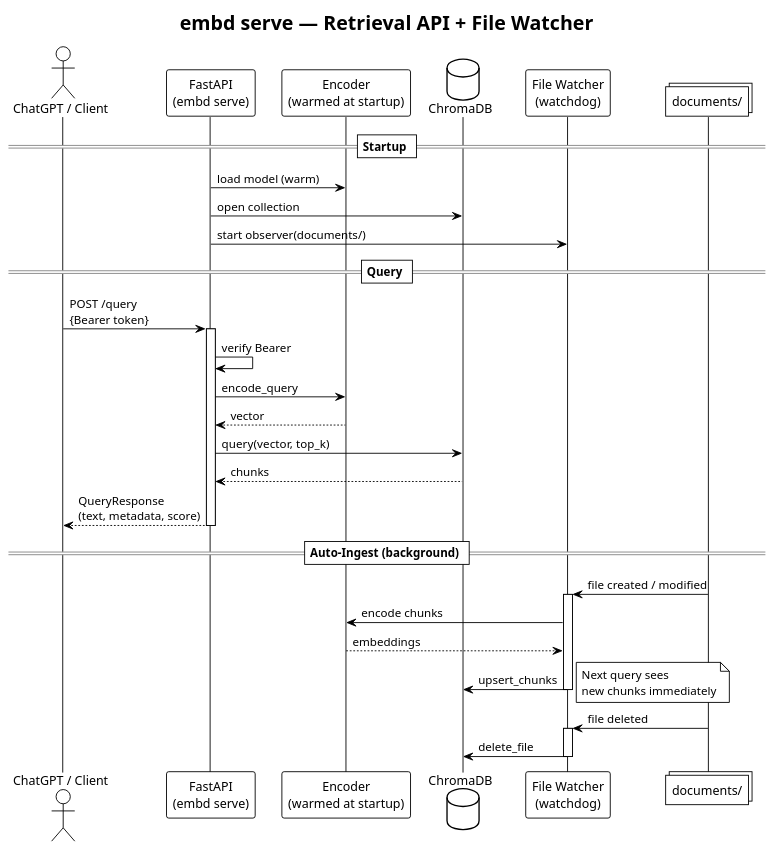
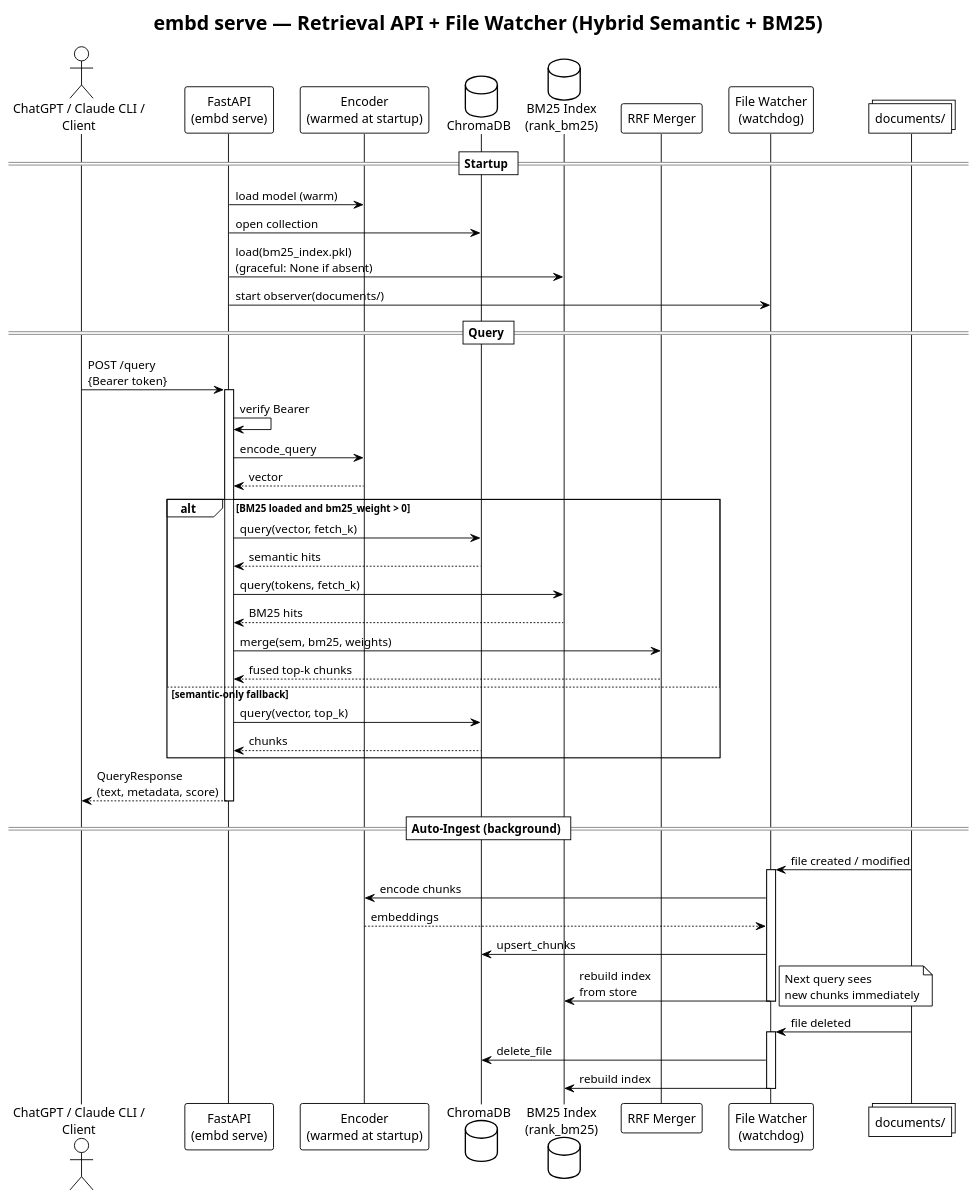
One commit to Mar8x/embdr changed the diagram in docs/serve-flow.puml. Above: the diagram before and after it, drawn with PlantUML. The commit also changed 9 other files, not shown here.

First line of the commit message:
feat(mcp): add MCP server + update PUMLs to show BM25 hybrid retrieval

```diff
--- a/docs/serve-flow.puml
+++ b/docs/serve-flow.puml
@@ -1,46 +1,62 @@
 @startuml serve-flow
 !theme plain
 skinparam backgroundColor white
 skinparam defaultFontName "Helvetica"
 skinparam shadowing false
 
-title embd serve — Retrieval API + File Watcher
+title embd serve — Retrieval API + File Watcher (Hybrid Semantic + BM25)
 
-actor "ChatGPT / Client" as client
+actor "ChatGPT / Claude CLI /\nClient" as client
 participant "FastAPI\n(embd serve)" as api
 participant "Encoder\n(warmed at startup)" as encoder
 database "ChromaDB" as chroma
+database "BM25 Index\n(rank_bm25)" as bm25
+participant "RRF Merger" as rrf
 participant "File Watcher\n(watchdog)" as watcher
 collections "documents/" as docs
 
 == Startup ==
 api -> encoder : load model (warm)
 api -> chroma : open collection
+api -> bm25 : load(bm25_index.pkl)\n(graceful: None if absent)
 api -> watcher : start observer(documents/)
 
 == Query ==
 client -> api : POST /query\n{Bearer token}
 activate api
 api -> api : verify Bearer
 api -> encoder : encode_query
 encoder --> api : vector
-api -> chroma : query(vector, top_k)
-chroma --> api : chunks
+
+alt BM25 loaded and bm25_weight > 0
+  api -> chroma : query(vector, fetch_k)
+  chroma --> api : semantic hits
+  api -> bm25 : query(tokens, fetch_k)
+  bm25 --> api : BM25 hits
+  api -> rrf : merge(sem, bm25, weights)
+  rrf --> api : fused top-k chunks
+else semantic-only fallback
+  api -> chroma : query(vector, top_k)
+  chroma --> api : chunks
+end
+
 api --> client : QueryResponse\n(text, metadata, score)
 deactivate api
 
 == Auto-Ingest (background) ==
 docs -> watcher : file created / modified
 activate watcher
 watcher -> encoder : encode chunks
 encoder --> watcher : embeddings
 watcher -> chroma : upsert_chunks
+watcher -> bm25 : rebuild index\nfrom store
 deactivate watcher
 note right : Next query sees\nnew chunks immediately
 
 docs -> watcher : file deleted
 activate watcher
 watcher -> chroma : delete_file
+watcher -> bm25 : rebuild index
 deactivate watcher
 
 @enduml
```
